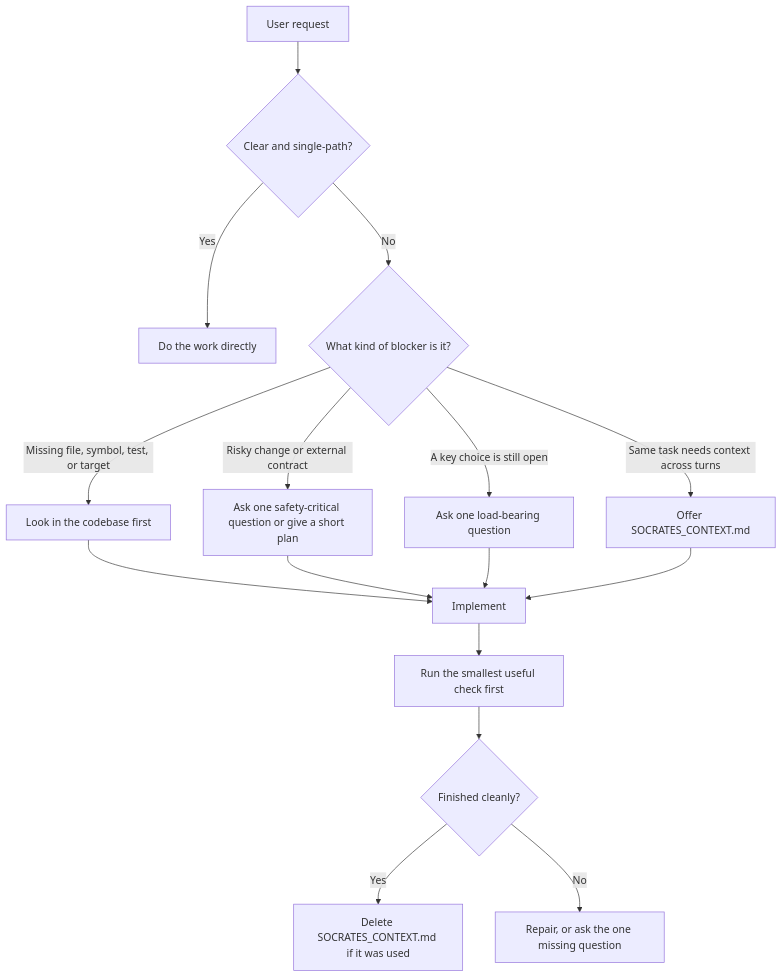
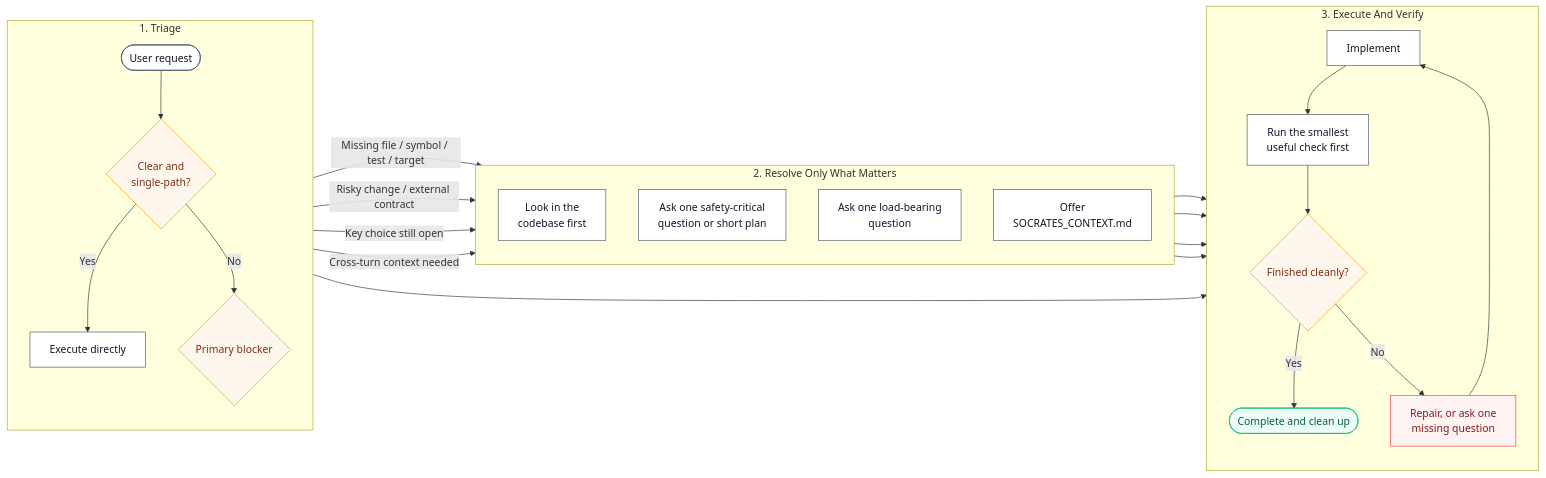
The diagram in README.md (jiyeongjun/socrates-protocol), drawn with Mermaid before and after one commit. The commit also changed 1 other file, not shown here.

Commit message:
Polish runtime flow diagrams

````diff
--- a/README.md
+++ b/README.md
@@ -39,21 +39,42 @@
 ```mermaid
-flowchart TD
-    A["User request"] --> B{"Clear and single-path?"}
-    B -- "Yes" --> C["Do the work directly"]
-    B -- "No" --> D{"What kind of blocker is it?"}
+flowchart LR
+    classDef decision fill:#fff7ed,stroke:#f59e0b,color:#7c2d12;
+    classDef action fill:#ffffff,stroke:#475569,color:#0f172a;
+    classDef done fill:#ecfdf5,stroke:#10b981,color:#065f46;
+    classDef repair fill:#fef2f2,stroke:#ef4444,color:#7f1d1d;
 
-    D -- "Missing file, symbol, test, or target" --> E["Look in the codebase first"]
-    D -- "Risky change or external contract" --> F["Ask one safety-critical question or give a short plan"]
-    D -- "A key choice is still open" --> G["Ask one load-bearing question"]
-    D -- "Same task needs context across turns" --> H["Offer SOCRATES_CONTEXT.md"]
+    subgraph T["1. Triage"]
+        direction TB
+        A([User request]):::action --> B{Clear and<br/>single-path?}:::decision
+        B -- Yes --> C[Execute directly]:::action
+        B -- No --> D{Primary blocker}:::decision
+    end
 
-    E --> I["Implement"]
+    subgraph R["2. Resolve Only What Matters"]
+        direction TB
+        E[Look in the<br/>codebase first]:::action
+        F[Ask one safety-critical<br/>question or short plan]:::action
+        G[Ask one load-bearing<br/>question]:::action
+        H[Offer<br/>SOCRATES_CONTEXT.md]:::action
+    end
+
+    subgraph X["3. Execute And Verify"]
+        direction TB
+        I[Implement]:::action --> J[Run the smallest<br/>useful check first]:::action
+        J --> K{Finished cleanly?}:::decision
+        K -- Yes --> L([Complete and clean up]):::done
+        K -- No --> M[Repair, or ask one<br/>missing question]:::repair
+    end
+
+    D -- Missing file / symbol / test / target --> E
+    D -- Risky change / external contract --> F
+    D -- Key choice still open --> G
+    D -- Cross-turn context needed --> H
+
+    C --> J
+    E --> I
     F --> I
     G --> I
     H --> I
-
-    I --> J["Run the smallest useful check first"]
-    J --> K{"Finished cleanly?"}
-    K -- "Yes" --> L["Delete SOCRATES_CONTEXT.md if it was used"]
-    K -- "No" --> M["Repair, or ask the one missing question"]
+    M --> I
 ```
````
